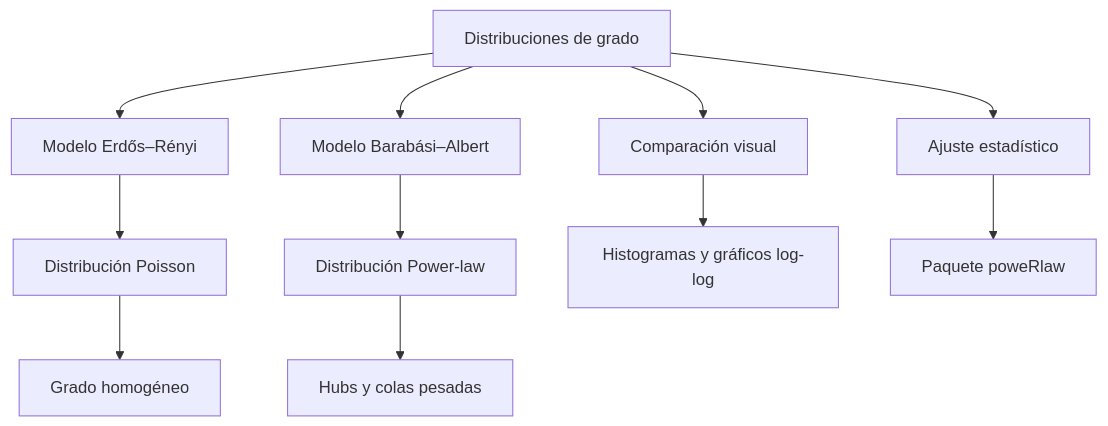
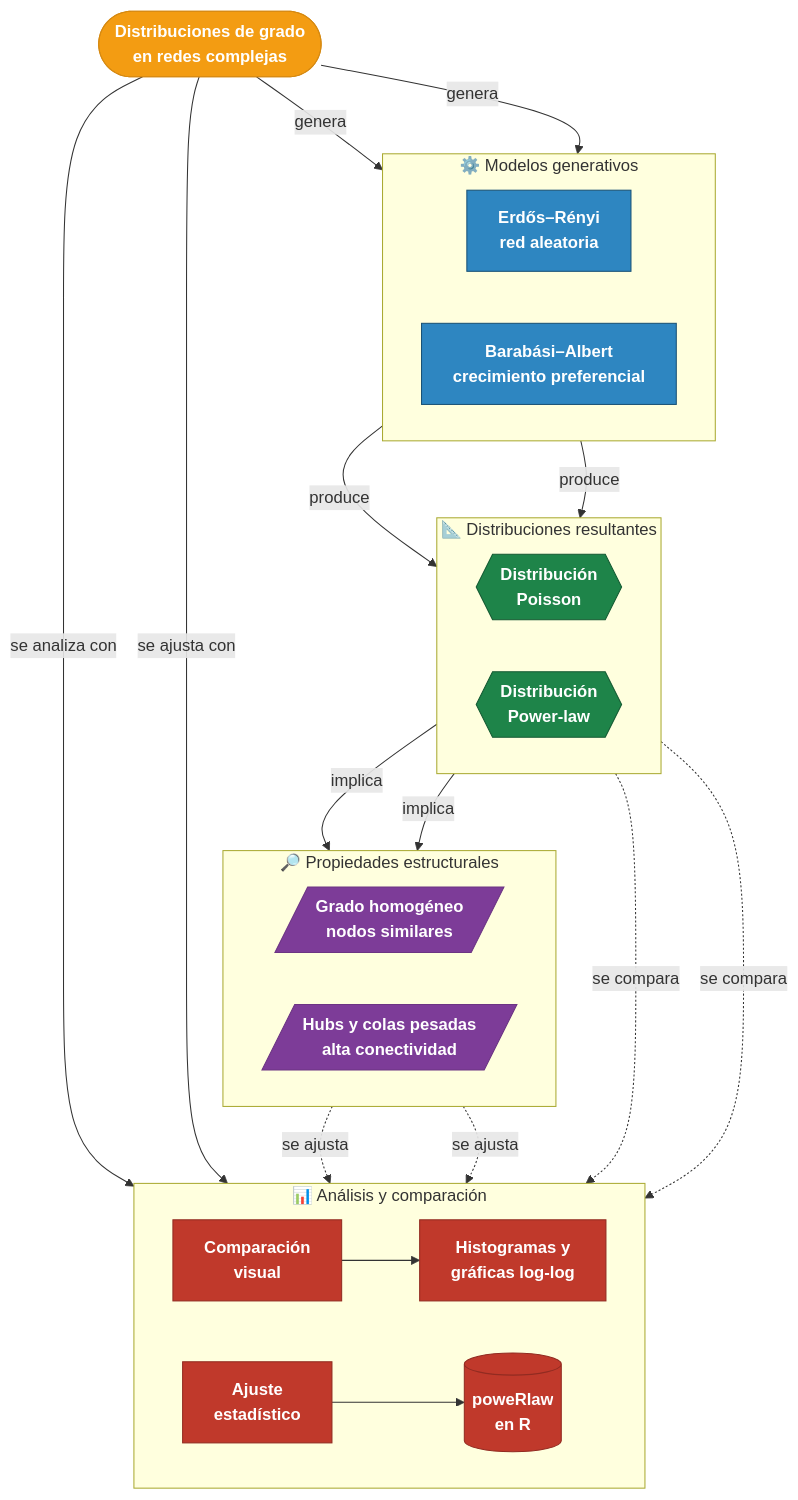
One commit to robertoalvarezm/Redes_GF_2026 changed the first of 2 diagrams in 02-grado-distribuciones.qmd. Above: the diagram before and after it, drawn with Mermaid. The commit also changed other lines of this file and 14 other files, not shown here.

````diff
--- a/02-grado-distribuciones.qmd
+++ b/02-grado-distribuciones.qmd
@@ -15,15 +15,53 @@
 ```{mermaid}
 %%| label: fig-mapa-cap2
-%%| fig-cap: "Mapa conceptual del capítulo"
+%%| fig-cap: "Mapa conceptual del capítulo: distribuciones de grado en redes"
 flowchart TD
-    A[Distribuciones de grado] --> B[Modelo Erdős–Rényi]
-    A --> C[Modelo Barabási–Albert]
-    B --> D[Distribución Poisson]
-    C --> E[Distribución Power-law]
-    D --> F[Grado homogéneo]
-    E --> G[Hubs y colas pesadas]
-    A --> H[Comparación visual]
-    H --> I[Histogramas y gráficos log-log]
-    A --> J[Ajuste estadístico]
-    J --> K[Paquete poweRlaw]
+    A([Distribuciones de grado<br/>en redes complejas]):::central
+
+    subgraph MOD["⚙️ Modelos generativos"]
+        direction LR
+        B[Erdős–Rényi<br/>red aleatoria]:::modelo
+        C[Barabási–Albert<br/>crecimiento preferencial]:::modelo
+    end
+
+    subgraph DIST["📐 Distribuciones resultantes"]
+        direction LR
+        D1{{Distribución<br/>Poisson}}:::dist
+        D2{{Distribución<br/>Power-law}}:::dist
+    end
+
+    subgraph PROP["🔎 Propiedades estructurales"]
+        direction LR
+        F[/Grado homogéneo<br/>nodos similares/]:::prop
+        G[/Hubs y colas pesadas<br/>alta conectividad/]:::prop
+    end
+
+    subgraph ANAL["📊 Análisis y comparación"]
+        direction LR
+        H[Comparación<br/>visual]:::anal
+        I[Histogramas y<br/>gráficas log-log]:::anal
+        J[Ajuste<br/>estadístico]:::anal
+        K[(poweRlaw<br/>en R)]:::anal
+    end
+
+    A -->|genera| B
+    A -->|genera| C
+    A -->|se analiza con| H
+    A -->|se ajusta con| J
+    B -->|produce| D1
+    C -->|produce| D2
+    D1 -->|implica| F
+    D2 -->|implica| G
+    H --> I
+    J --> K
+    D1 -. se compara .-> H
+    D2 -. se compara .-> H
+    F -. se ajusta .-> J
+    G -. se ajusta .-> J
+
+    classDef central fill:#F39C12,stroke:#D68910,color:#fff,font-weight:bold
+    classDef modelo fill:#2E86C1,stroke:#1A5276,color:#fff,font-weight:bold
+    classDef dist fill:#1E8449,stroke:#145A32,color:#fff,font-weight:bold
+    classDef prop fill:#7D3C98,stroke:#6C3483,color:#fff,font-weight:bold
+    classDef anal fill:#C0392B,stroke:#922B21,color:#fff,font-weight:bold
 ```
````
